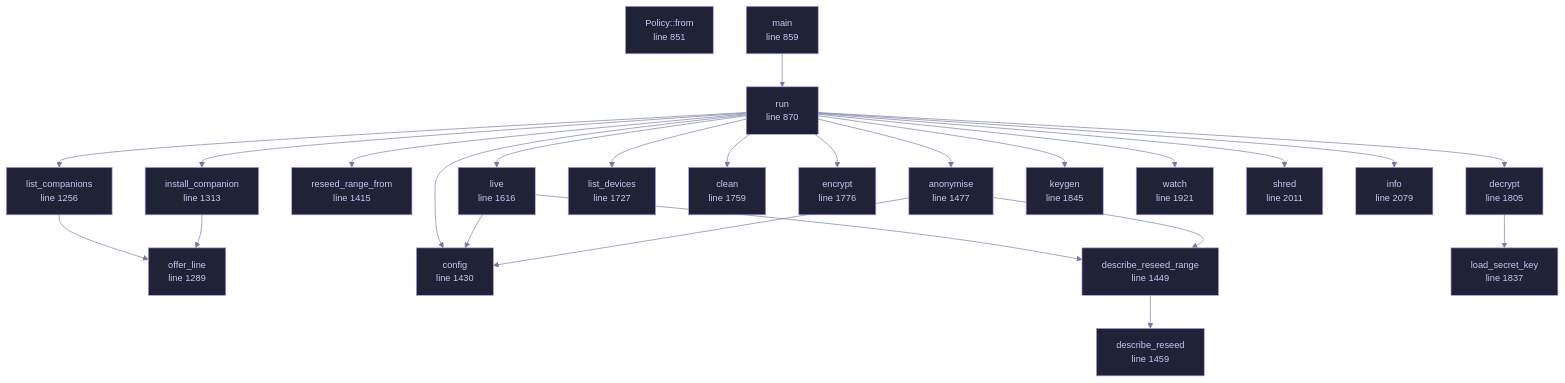
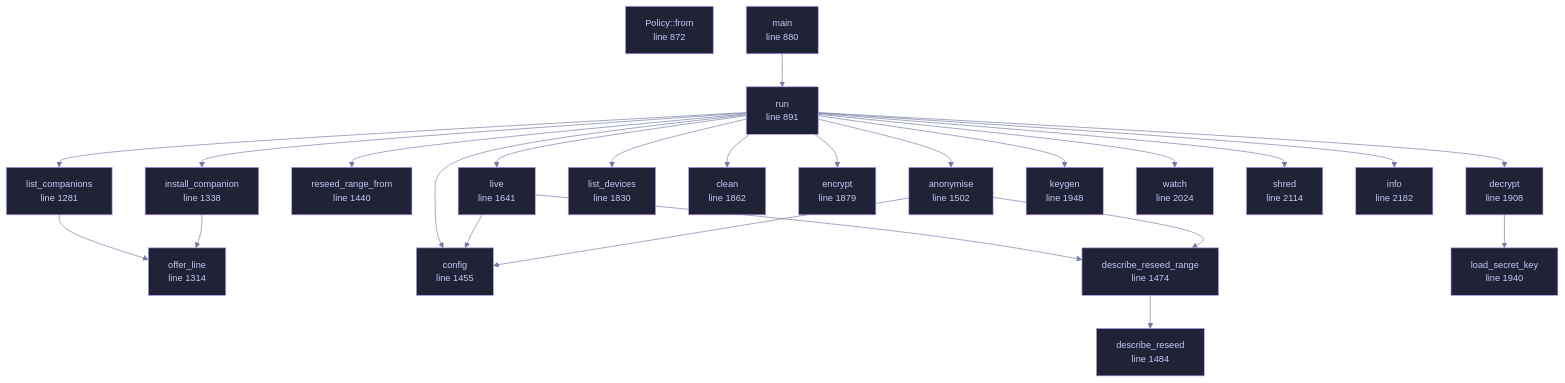
The diagram in wiki/File-veilvoice-cli-main.md (tilas01/veilvoice), drawn with Mermaid before and after one commit. The commit also changed other lines of this file and 81 other files, not shown here.

````diff
--- a/wiki/File-veilvoice-cli-main.md
+++ b/wiki/File-veilvoice-cli-main.md
@@ -115,71 +115,71 @@
 ```mermaid
 %%{init: {"theme":"base","themeVariables":{"background":"#1a1b26","primaryColor":"#1f2335","primaryTextColor":"#c0caf5","primaryBorderColor":"#7aa2f7","secondaryColor":"#16161e","tertiaryColor":"#16161e","lineColor":"#737aa2","textColor":"#c0caf5","mainBkg":"#1f2335","nodeBorder":"#7aa2f7","clusterBkg":"#16161e","clusterBorder":"#2f3549","fontFamily":"ui-monospace, SFMono-Regular, Consolas, monospace","fontSize":"14px"}}}%%
 flowchart TD
-    n_from["Policy::from<br/>line 851"]
-    n_main["main<br/>line 859"]
-    n_run["run<br/>line 870"]
-    n_list_companions["list_companions<br/>line 1256"]
-    n_offer_line["offer_line<br/>line 1289"]
-    n_install_companion["install_companion<br/>line 1313"]
-    n_reseed_range_from["reseed_range_from<br/>line 1415"]
-    n_config["config<br/>line 1430"]
-    n_describe_reseed_range["describe_reseed_range<br/>line 1449"]
-    n_describe_reseed["describe_reseed<br/>line 1459"]
-    n_anonymise["anonymise<br/>line 1477"]
-    n_live["live<br/>line 1616"]
-    n_list_devices["list_devices<br/>line 1727"]
-    n_clean["clean<br/>line 1759"]
-    n_encrypt["encrypt<br/>line 1776"]
-    n_decrypt["decrypt<br/>line 1805"]
-    n_load_secret_key["load_secret_key<br/>line 1837"]
-    n_keygen["keygen<br/>line 1845"]
-    n_watch["watch<br/>line 1921"]
-    n_shred["shred<br/>line 2011"]
-    n_info["info<br/>line 2079"]
+    n_from["Policy::from<br/>line 872"]
+    n_main["main<br/>line 880"]
+    n_run["run<br/>line 891"]
+    n_list_companions["list_companions<br/>line 1281"]
+    n_offer_line["offer_line<br/>line 1314"]
+    n_install_companion["install_companion<br/>line 1338"]
+    n_reseed_range_from["reseed_range_from<br/>line 1440"]
+    n_config["config<br/>line 1455"]
+    n_describe_reseed_range["describe_reseed_range<br/>line 1474"]
+    n_describe_reseed["describe_reseed<br/>line 1484"]
+    n_anonymise["anonymise<br/>line 1502"]
+    n_live["live<br/>line 1641"]
+    n_list_devices["list_devices<br/>line 1830"]
+    n_clean["clean<br/>line 1862"]
+    n_encrypt["encrypt<br/>line 1879"]
+    n_decrypt["decrypt<br/>line 1908"]
+    n_load_secret_key["load_secret_key<br/>line 1940"]
+    n_keygen["keygen<br/>line 1948"]
+    n_watch["watch<br/>line 2024"]
+    n_shred["shred<br/>line 2114"]
+    n_info["info<br/>line 2182"]
     n_anonymise --> n_config
     n_anonymise --> n_describe_reseed_range
     n_decrypt --> n_load_secret_key
     n_describe_reseed_range --> n_describe_reseed
     n_install_companion --> n_offer_line
     n_list_companions --> n_offer_line
     n_live --> n_config
     n_live --> n_describe_reseed_range
     n_main --> n_run
     n_run --> n_anonymise
     n_run --> n_clean
     n_run --> n_config
     n_run --> n_decrypt
     n_run --> n_encrypt
     n_run --> n_info
     n_run --> n_install_companion
     n_run --> n_keygen
     n_run --> n_list_companions
     n_run --> n_list_devices
     n_run --> n_live
     n_run --> n_reseed_range_from
     n_run --> n_shred
     n_run --> n_watch
-    click n_from href "https://github.com/tilas01/veilvoice/blob/main/crates/veilvoice-cli/src/main.rs#L851" "open the source"
-    click n_main href "https://github.com/tilas01/veilvoice/blob/main/crates/veilvoice-cli/src/main.rs#L859" "open the source"
-    click n_run href "https://github.com/tilas01/veilvoice/blob/main/crates/veilvoice-cli/src/main.rs#L870" "open the source"
-    click n_list_companions href "https://github.com/tilas01/veilvoice/blob/main/crates/veilvoice-cli/src/main.rs#L1256" "open the source"
-    click n_offer_line href "https://github.com/tilas01/veilvoice/blob/main/crates/veilvoice-cli/src/main.rs#L1289" "open the source"
-    click n_install_companion href "https://github.com/tilas01/veilvoice/blob/main/crates/veilvoice-cli/src/main.rs#L1313" "open the source"
-    click n_reseed_range_from href "https://github.com/tilas01/veilvoice/blob/main/crates/veilvoice-cli/src/main.rs#L1415" "open the source"
-    click n_config href "https://github.com/tilas01/veilvoice/blob/main/crates/veilvoice-cli/src/main.rs#L1430" "open the source"
-    click n_describe_reseed_range href "https://github.com/tilas01/veilvoice/blob/main/crates/veilvoice-cli/src/main.rs#L1449" "open the source"
-    click n_describe_reseed href "https://github.com/tilas01/veilvoice/blob/main/crates/veilvoice-cli/src/main.rs#L1459" "open the source"
-    click n_anonymise href "https://github.com/tilas01/veilvoice/blob/main/crates/veilvoice-cli/src/main.rs#L1477" "open the source"
-    click n_live href "https://github.com/tilas01/veilvoice/blob/main/crates/veilvoice-cli/src/main.rs#L1616" "open the source"
-    click n_list_devices href "https://github.com/tilas01/veilvoice/blob/main/crates/veilvoice-cli/src/main.rs#L1727" "open the source"
-    click n_clean href "https://github.com/tilas01/veilvoice/blob/main/crates/veilvoice-cli/src/main.rs#L1759" "open the source"
-    click n_encrypt href "https://github.com/tilas01/veilvoice/blob/main/crates/veilvoice-cli/src/main.rs#L1776" "open the source"
-    click n_decrypt href "https://github.com/tilas01/veilvoice/blob/main/crates/veilvoice-cli/src/main.rs#L1805" "open the source"
-    click n_load_secret_key href "https://github.com/tilas01/veilvoice/blob/main/crates/veilvoice-cli/src/main.rs#L1837" "open the source"
-    click n_keygen href "https://github.com/tilas01/veilvoice/blob/main/crates/veilvoice-cli/src/main.rs#L1845" "open the source"
-    click n_watch href "https://github.com/tilas01/veilvoice/blob/main/crates/veilvoice-cli/src/main.rs#L1921" "open the source"
-    click n_shred href "https://github.com/tilas01/veilvoice/blob/main/crates/veilvoice-cli/src/main.rs#L2011" "open the source"
-    click n_info href "https://github.com/tilas01/veilvoice/blob/main/crates/veilvoice-cli/src/main.rs#L2079" "open the source"
+    click n_from href "https://github.com/tilas01/veilvoice/blob/main/crates/veilvoice-cli/src/main.rs#L872" "open the source"
+    click n_main href "https://github.com/tilas01/veilvoice/blob/main/crates/veilvoice-cli/src/main.rs#L880" "open the source"
+    click n_run href "https://github.com/tilas01/veilvoice/blob/main/crates/veilvoice-cli/src/main.rs#L891" "open the source"
+    click n_list_companions href "https://github.com/tilas01/veilvoice/blob/main/crates/veilvoice-cli/src/main.rs#L1281" "open the source"
+    click n_offer_line href "https://github.com/tilas01/veilvoice/blob/main/crates/veilvoice-cli/src/main.rs#L1314" "open the source"
+    click n_install_companion href "https://github.com/tilas01/veilvoice/blob/main/crates/veilvoice-cli/src/main.rs#L1338" "open the source"
+    click n_reseed_range_from href "https://github.com/tilas01/veilvoice/blob/main/crates/veilvoice-cli/src/main.rs#L1440" "open the source"
+    click n_config href "https://github.com/tilas01/veilvoice/blob/main/crates/veilvoice-cli/src/main.rs#L1455" "open the source"
+    click n_describe_reseed_range href "https://github.com/tilas01/veilvoice/blob/main/crates/veilvoice-cli/src/main.rs#L1474" "open the source"
+    click n_describe_reseed href "https://github.com/tilas01/veilvoice/blob/main/crates/veilvoice-cli/src/main.rs#L1484" "open the source"
+    click n_anonymise href "https://github.com/tilas01/veilvoice/blob/main/crates/veilvoice-cli/src/main.rs#L1502" "open the source"
+    click n_live href "https://github.com/tilas01/veilvoice/blob/main/crates/veilvoice-cli/src/main.rs#L1641" "open the source"
+    click n_list_devices href "https://github.com/tilas01/veilvoice/blob/main/crates/veilvoice-cli/src/main.rs#L1830" "open the source"
+    click n_clean href "https://github.com/tilas01/veilvoice/blob/main/crates/veilvoice-cli/src/main.rs#L1862" "open the source"
+    click n_encrypt href "https://github.com/tilas01/veilvoice/blob/main/crates/veilvoice-cli/src/main.rs#L1879" "open the source"
+    click n_decrypt href "https://github.com/tilas01/veilvoice/blob/main/crates/veilvoice-cli/src/main.rs#L1908" "open the source"
+    click n_load_secret_key href "https://github.com/tilas01/veilvoice/blob/main/crates/veilvoice-cli/src/main.rs#L1940" "open the source"
+    click n_keygen href "https://github.com/tilas01/veilvoice/blob/main/crates/veilvoice-cli/src/main.rs#L1948" "open the source"
+    click n_watch href "https://github.com/tilas01/veilvoice/blob/main/crates/veilvoice-cli/src/main.rs#L2024" "open the source"
+    click n_shred href "https://github.com/tilas01/veilvoice/blob/main/crates/veilvoice-cli/src/main.rs#L2114" "open the source"
+    click n_info href "https://github.com/tilas01/veilvoice/blob/main/crates/veilvoice-cli/src/main.rs#L2182" "open the source"
     classDef helper fill:#1f2335,stroke:#bb9af7,color:#c0caf5
     class n_from,n_main,n_run,n_list_companions,n_offer_line,n_install_companion,n_reseed_range_from,n_config,n_describe_reseed_range,n_describe_reseed,n_anonymise,n_live,n_list_devices,n_clean,n_encrypt,n_decrypt,n_load_secret_key,n_keygen,n_watch,n_shred,n_info helper
 ```
````
